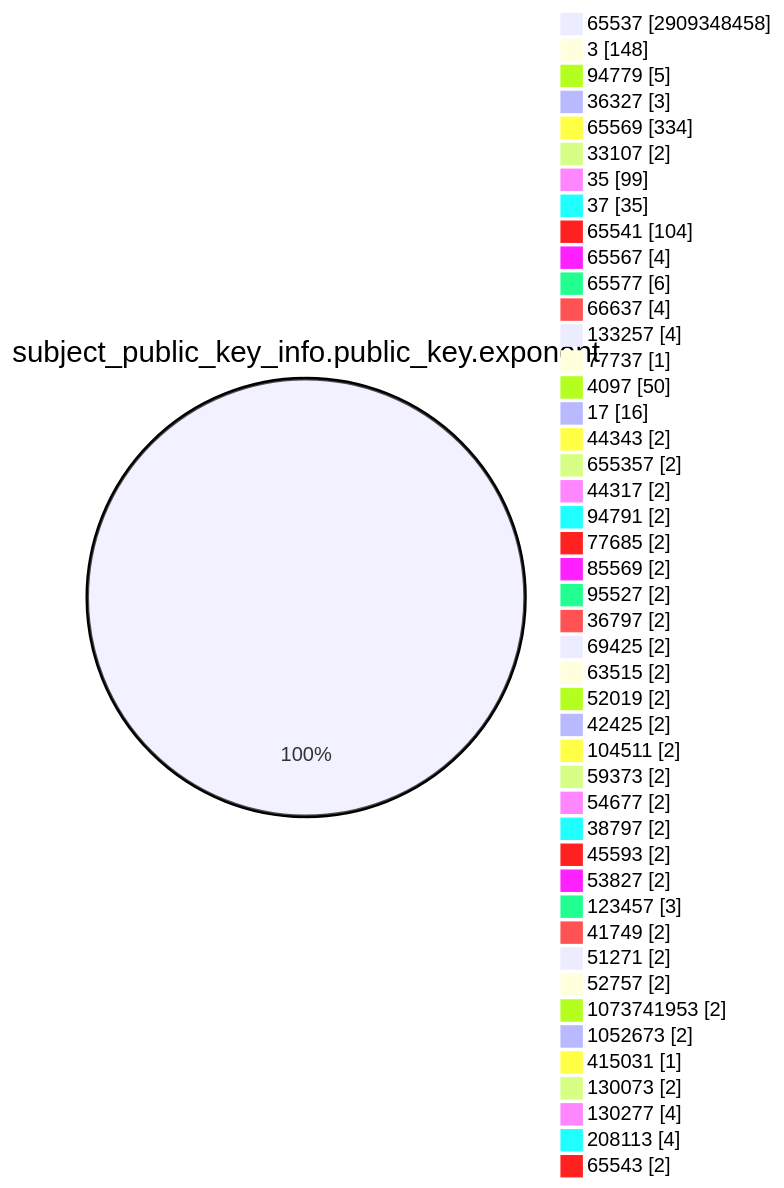
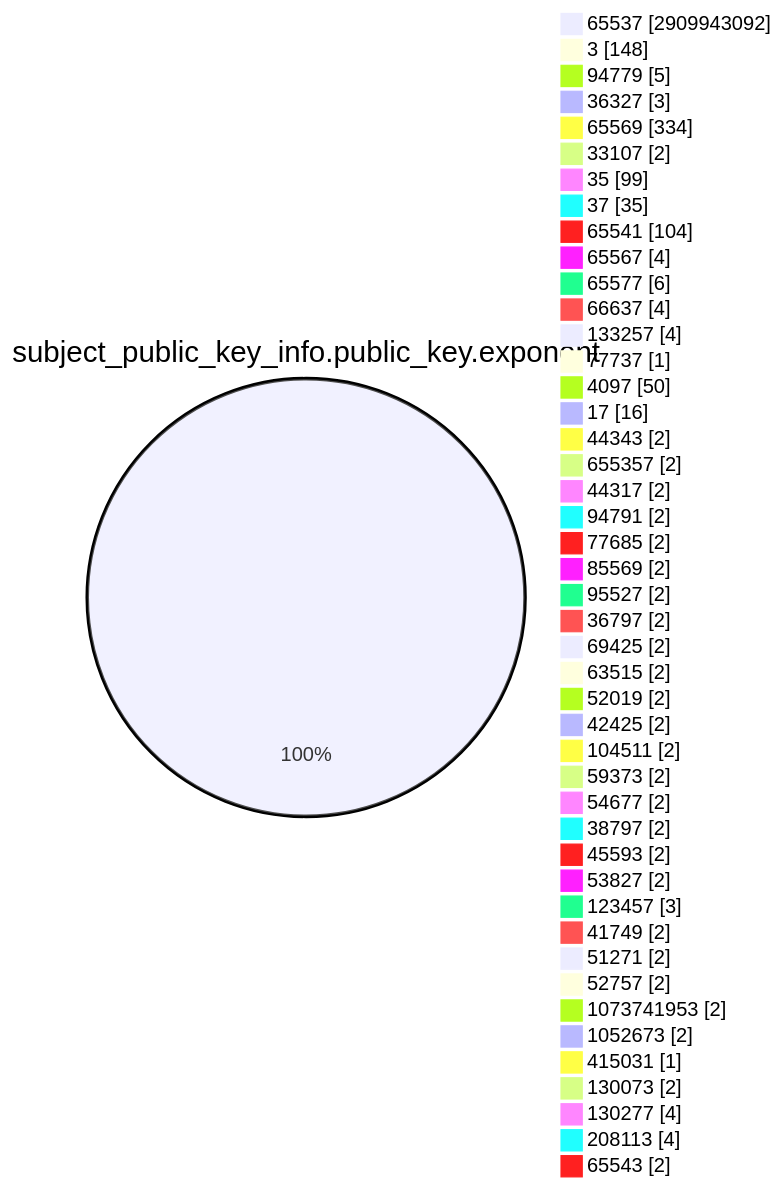
One commit to christiankrug/ctmonitor_visualization changed the fourth of 15 diagrams in TOTAL/README.md. Above: the diagram before and after it, drawn with Mermaid. The commit also changed other lines of this file, not shown here.

````diff
--- a/TOTAL/README.md
+++ b/TOTAL/README.md
@@ -1469,49 +1469,49 @@
 ```mermaid
 pie showData
 title subject_public_key_info.public_key.exponent
-"65537" :2909348458
+"65537" :2909943092
 "3" :148
 "94779" :5
 "36327" :3
 "65569" :334
 "33107" :2
 "35" :99
 "37" :35
 "65541" :104
 "65567" :4
 "65577" :6
 "66637" :4
 "133257" :4
 "77737" :1
 "4097" :50
 "17" :16
 "44343" :2
 "655357" :2
 "44317" :2
 "94791" :2
 "77685" :2
 "85569" :2
 "95527" :2
 "36797" :2
 "69425" :2
 "63515" :2
 "52019" :2
 "42425" :2
 "104511" :2
 "59373" :2
 "54677" :2
 "38797" :2
 "45593" :2
 "53827" :2
 "123457" :3
 "41749" :2
 "51271" :2
 "52757" :2
 "1073741953" :2
 "1052673" :2
 "415031" :1
 "130073" :2
 "130277" :4
 "208113" :4
 "65543" :2
 ```
````
